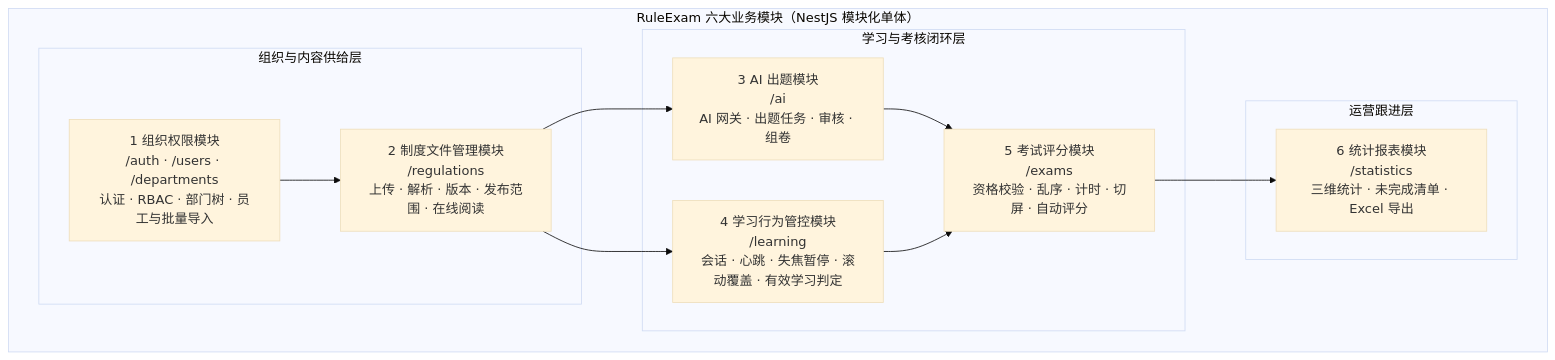
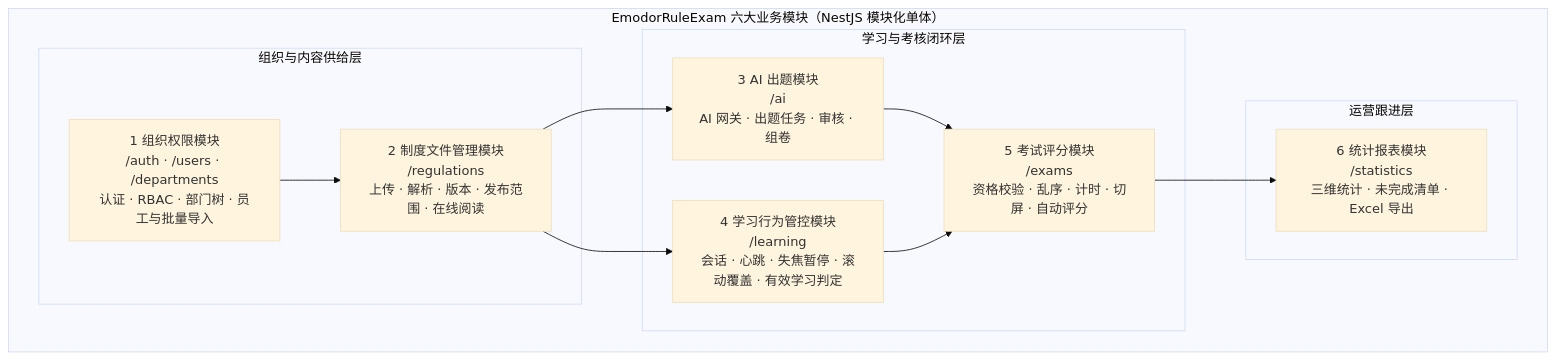
The first of 19 diagrams in docs/design/05-模块设计.md (caoguanjie/emodor-exam), drawn with Mermaid (base theme) before and after one commit. The commit also changed other lines of this file and 40 other files, not shown here.

First line of the commit message:
refactor(命名): 统一 EmodorRuleExam 品牌与包名

````diff
--- a/docs/design/05-模块设计.md
+++ b/docs/design/05-模块设计.md
@@ -24,23 +24,23 @@
 ```mermaid
 graph TB
-    subgraph SYS["RuleExam 六大业务模块（NestJS 模块化单体）"]
+    subgraph SYS["EmodorRuleExam 六大业务模块（NestJS 模块化单体）"]
         subgraph G1["组织与内容供给层"]
             M1["1 组织权限模块<br/>/auth · /users · /departments<br/>认证 · RBAC · 部门树 · 员工与批量导入"]
             M2["2 制度文件管理模块<br/>/regulations<br/>上传 · 解析 · 版本 · 发布范围 · 在线阅读"]
         end
         subgraph G2["学习与考核闭环层"]
             M4["4 学习行为管控模块<br/>/learning<br/>会话 · 心跳 · 失焦暂停 · 滚动覆盖 · 有效学习判定"]
             M3["3 AI 出题模块<br/>/ai<br/>AI 网关 · 出题任务 · 审核 · 组卷"]
             M5["5 考试评分模块<br/>/exams<br/>资格校验 · 乱序 · 计时 · 切屏 · 自动评分"]
         end
         subgraph G3["运营跟进层"]
             M6["6 统计报表模块<br/>/statistics<br/>三维统计 · 未完成清单 · Excel 导出"]
         end
     end
     M1 --> M2
     M2 --> M4
     M2 --> M3
     M3 --> M5
     M4 --> M5
     M5 --> M6
 ```
````
